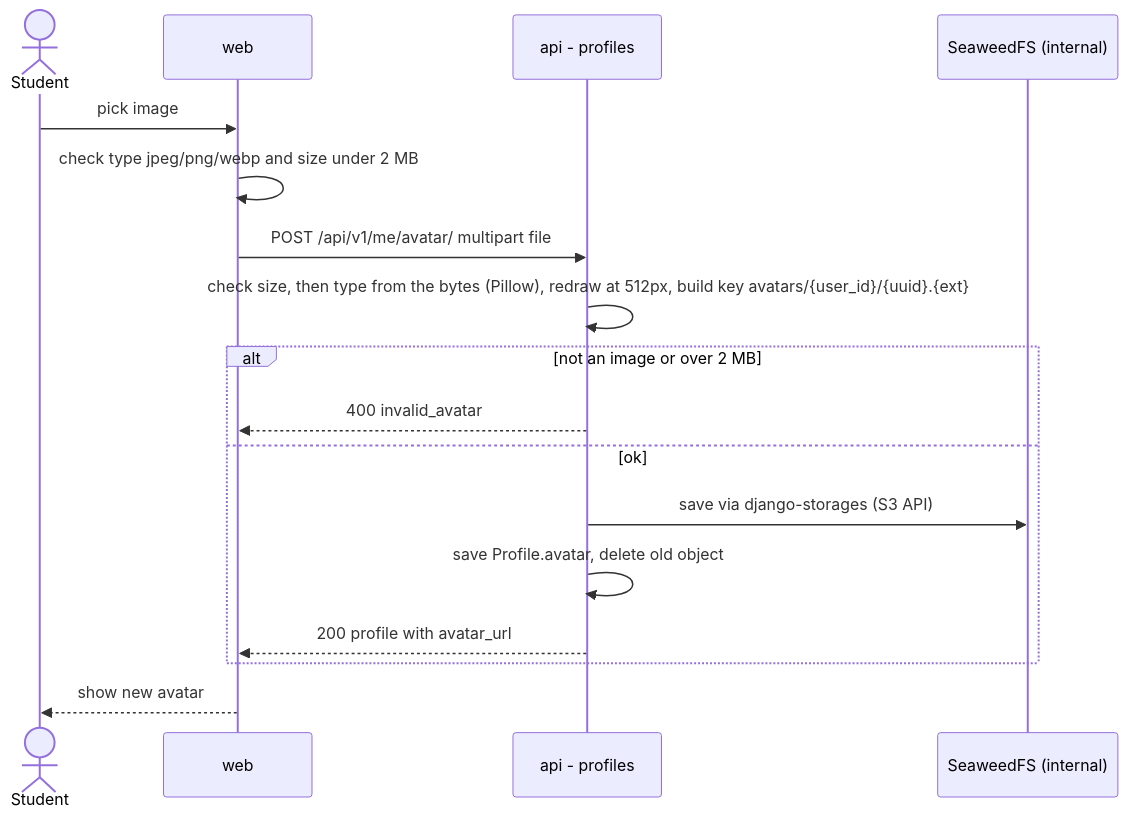
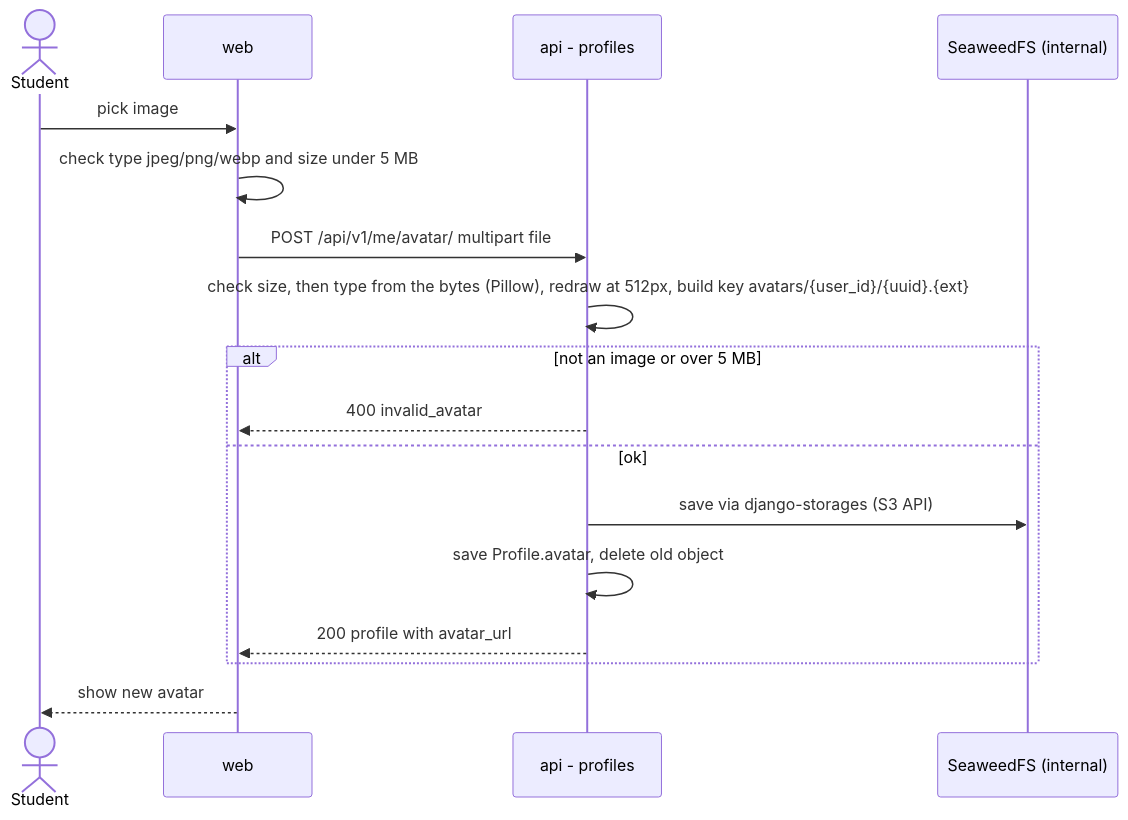
The sixth of 6 diagrams in docs/architecture/flows.md (season101/teammatch), drawn with Mermaid before and after one commit. The commit also changed 11 other files, not shown here.

````diff
--- a/docs/architecture/flows.md
+++ b/docs/architecture/flows.md
@@ -210,20 +210,20 @@
 ```mermaid
 sequenceDiagram
     actor U as Student
     participant W as web
     participant A as api - profiles
     participant S as SeaweedFS (internal)
 
     U->>W: pick image
-    W->>W: check type jpeg/png/webp and size under 2 MB
+    W->>W: check type jpeg/png/webp and size under 5 MB
     W->>A: POST /api/v1/me/avatar/ multipart file
     A->>A: check size, then type from the bytes (Pillow), redraw at 512px, build key avatars/{user_id}/{uuid}.{ext}
-    alt not an image or over 2 MB
+    alt not an image or over 5 MB
         A-->>W: 400 invalid_avatar
     else ok
         A->>S: save via django-storages (S3 API)
         A->>A: save Profile.avatar, delete old object
         A-->>W: 200 profile with avatar_url
     end
     W-->>U: show new avatar
 ```
````
